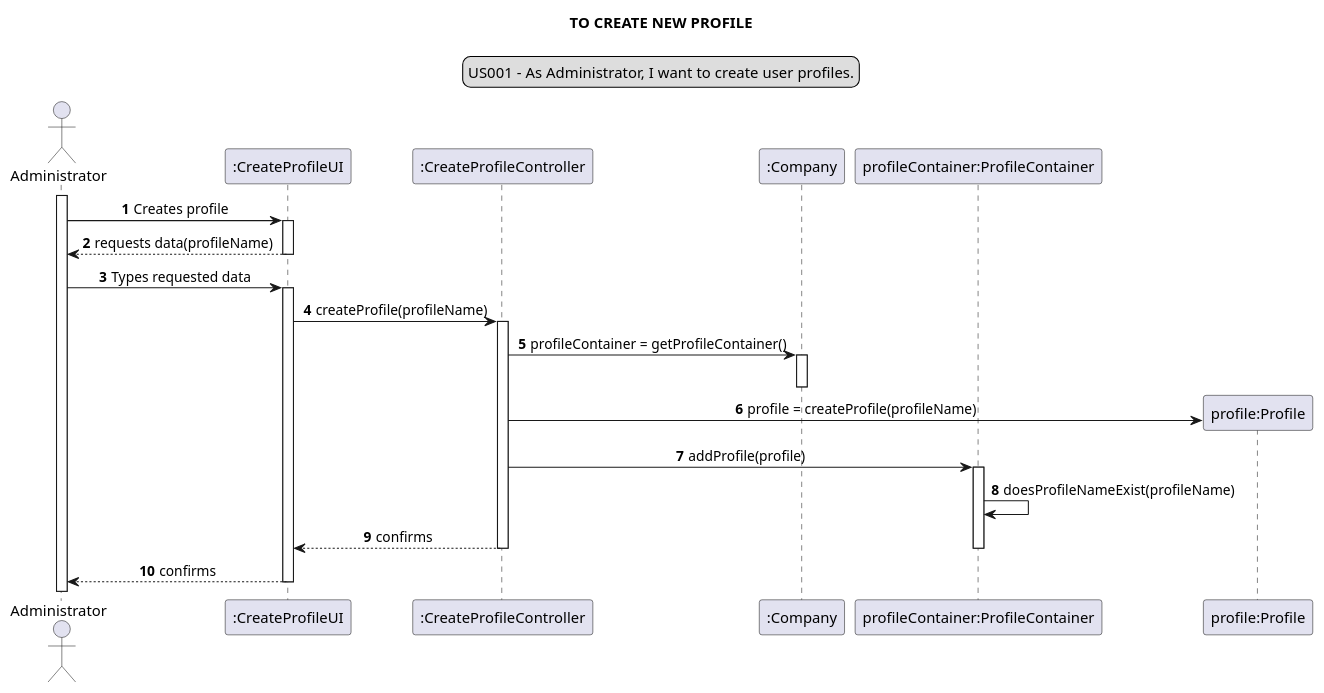
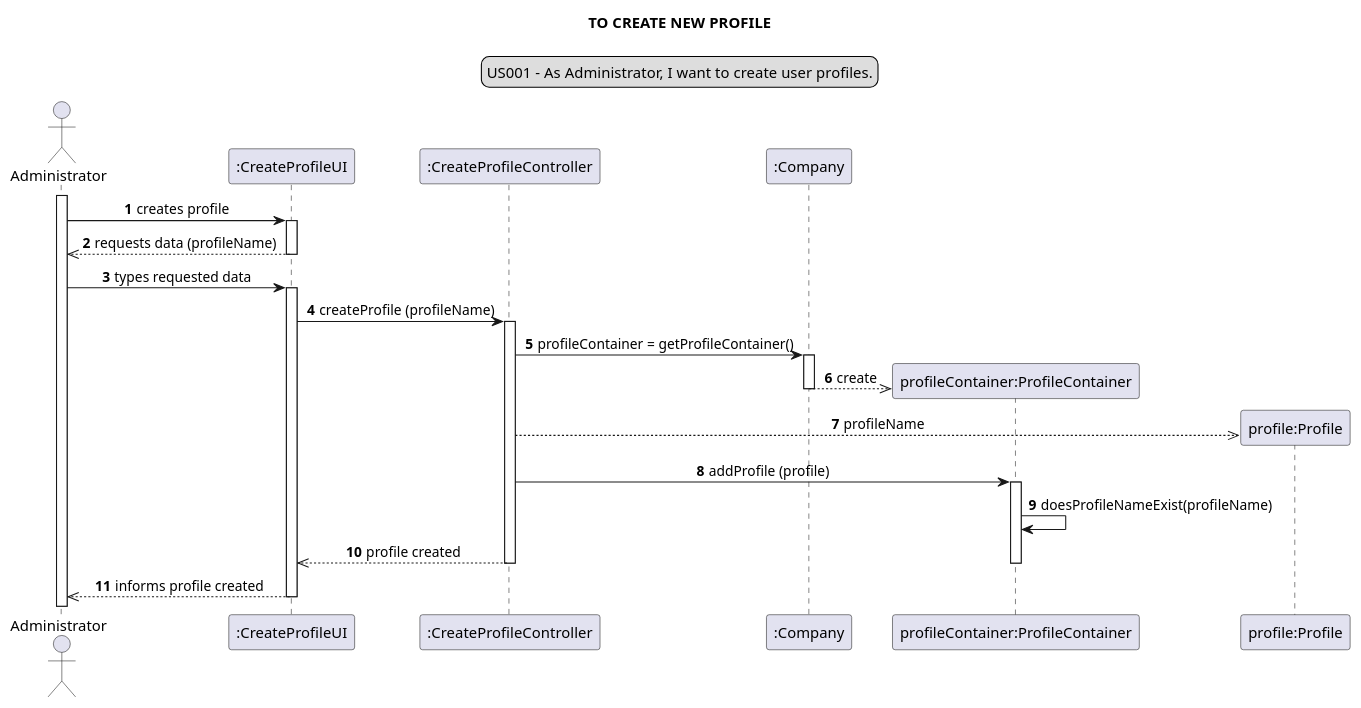
One commit to Loracline/project_switch_22-23 changed the diagram in docs/modelling_design/user_stories/us001/US001_sequenceDiagram.puml. Above: the diagram before and after it, drawn with PlantUML. The commit also changed 54 other files, not shown here.

Commit message:
UC Diagram - SSD - Sequence Diagram | Final update before Sprint #1

```diff
--- a/docs/modelling_design/user_stories/us001/US001_sequenceDiagram.puml
+++ b/docs/modelling_design/user_stories/us001/US001_sequenceDiagram.puml
@@ -1,41 +1,42 @@
 @startuml
 
 skinparam sequenceMessageAlign center
 title TO CREATE NEW PROFILE
 legend top
 US001 - As Administrator, I want to create user profiles.
 end legend
 autonumber
 actor Administrator
 participant ":CreateProfileUI" as cpu
 participant ":CreateProfileController" as cpc
 participant ":Company" as Company
 participant "profileContainer:ProfileContainer" as ProfileContainer
 participant "profile:Profile" as Profile
 activate Administrator
-Administrator -> cpu: Creates profile
+Administrator -> cpu: creates profile
 activate cpu
-cpu --> Administrator: requests data(profileName)
+cpu -->> Administrator: requests data (profileName)
 deactivate cpu
-Administrator -> cpu: Types requested data
+Administrator -> cpu: types requested data
 activate cpu
-cpu -> cpc: createProfile(profileName)
+cpu -> cpc: createProfile (profileName)
 activate cpc
 cpc -> Company: profileContainer = getProfileContainer()
 activate Company
+create ProfileContainer
+Company -->> ProfileContainer: create
 deactivate Company
 create Profile
-cpc -> Profile: profile = createProfile(profileName)
+cpc -->> Profile: profileName
 deactivate Profile
-cpc -> ProfileContainer: addProfile(profile)
+cpc -> ProfileContainer: addProfile (profile)
 activate ProfileContainer
 ProfileContainer -> ProfileContainer: doesProfileNameExist(profileName)
-
-cpc --> cpu: confirms
+cpc -->> cpu: profile created
 deactivate ProfileContainer
 deactivate cpc
-cpu --> Administrator: confirms
+cpu -->> Administrator: informs profile created
 deactivate cpu
 
 
 @enduml
```
